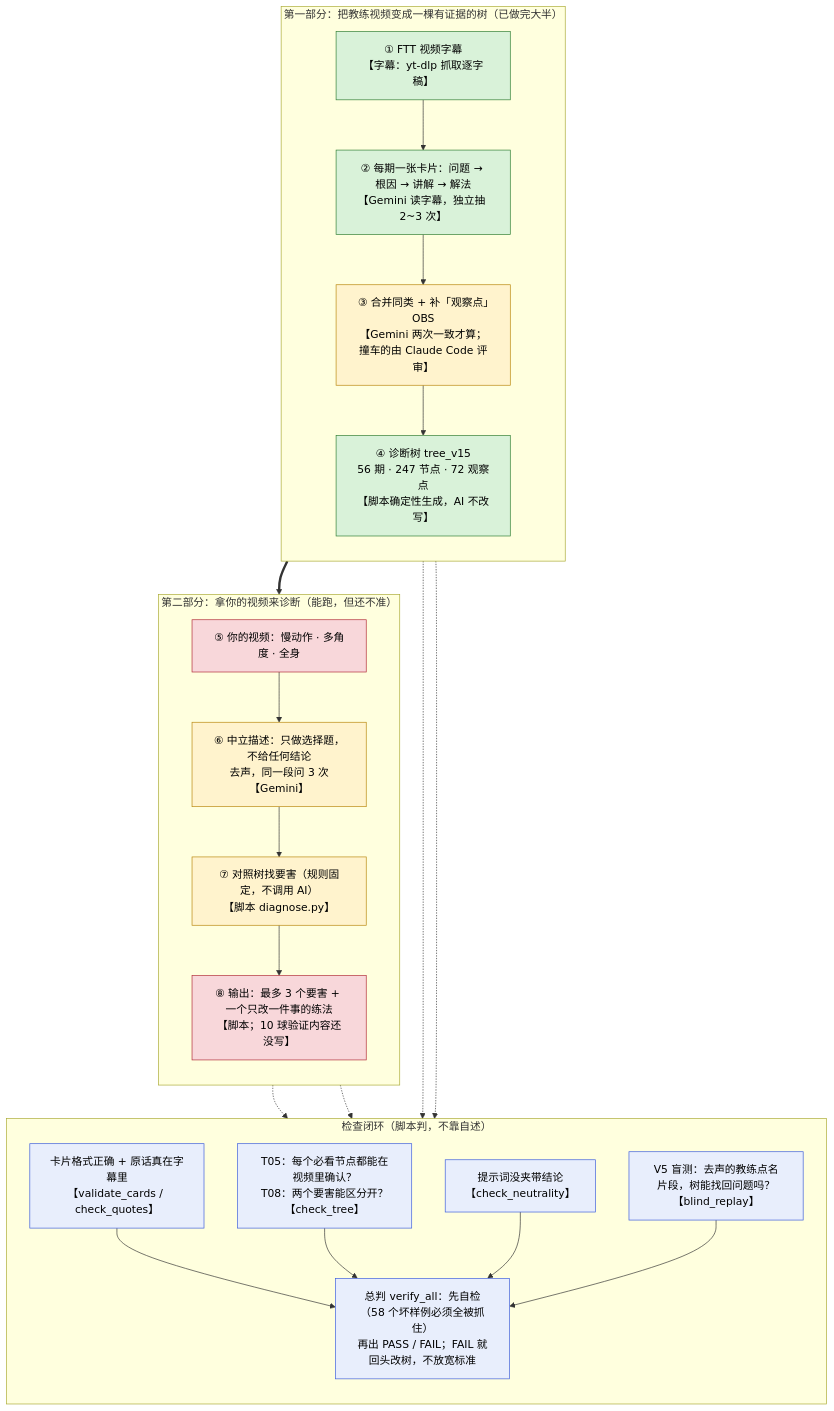
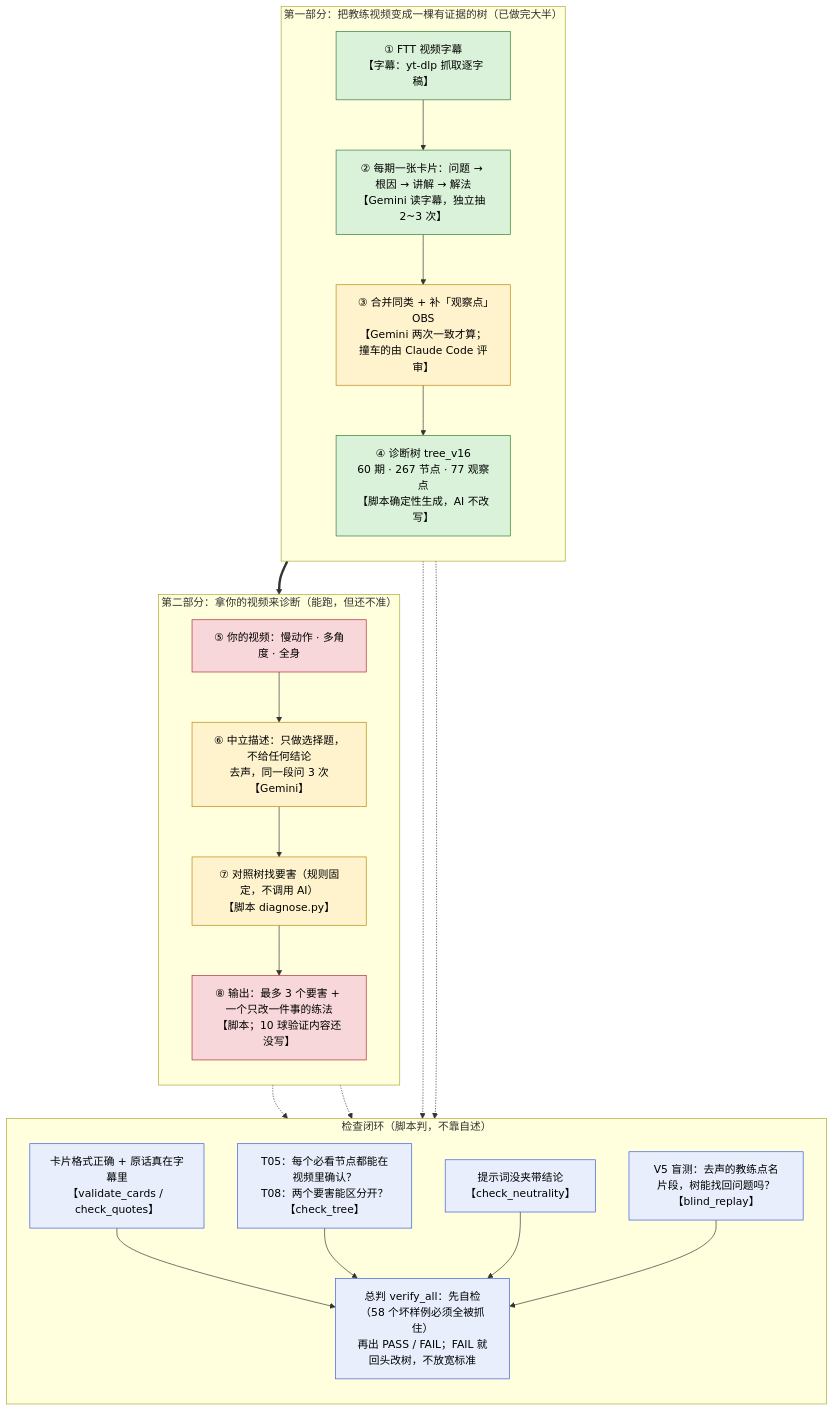
One commit to xiaollz/tennis_analyzer changed the diagram in docs/diagnosis/FLOW_overview.md. Above: the diagram before and after it, drawn with Mermaid. The commit also changed 79 other files, not shown here.

````diff
--- a/docs/diagnosis/FLOW_overview.md
+++ b/docs/diagnosis/FLOW_overview.md
@@ -10,44 +10,44 @@
 ```mermaid
 flowchart TD
   subgraph L1["第一部分：把教练视频变成一棵有证据的树（已做完大半）"]
     direction TB
     A["① FTT 视频字幕<br/>【字幕：yt-dlp 抓取逐字稿】"]
     B["② 每期一张卡片：问题 → 根因 → 讲解 → 解法<br/>【Gemini 读字幕，独立抽 2~3 次】"]
     C["③ 合并同类 + 补「观察点」OBS<br/>【Gemini 两次一致才算；撞车的由 Claude Code 评审】"]
-    D["④ 诊断树 tree_v15<br/>56 期 · 247 节点 · 72 观察点<br/>【脚本确定性生成，AI 不改写】"]
+    D["④ 诊断树 tree_v16<br/>60 期 · 267 节点 · 77 观察点<br/>【脚本确定性生成，AI 不改写】"]
     A --> B --> C --> D
   end
   subgraph L2["第二部分：拿你的视频来诊断（能跑，但还不准）"]
     direction TB
     E["⑤ 你的视频：慢动作 · 多角度 · 全身"]
     F["⑥ 中立描述：只做选择题，不给任何结论<br/>去声，同一段问 3 次<br/>【Gemini】"]
     G["⑦ 对照树找要害（规则固定，不调用 AI）<br/>【脚本 diagnose.py】"]
     H["⑧ 输出：最多 3 个要害 + 一个只改一件事的练法<br/>【脚本；10 球验证内容还没写】"]
     E --> F --> G --> H
   end
   D ==> G
   subgraph L3["检查闭环（脚本判，不靠自述）"]
     direction TB
     V1["卡片格式正确 + 原话真在字幕里<br/>【validate_cards / check_quotes】"]
     V2["T05：每个必看节点都能在视频里确认？<br/>T08：两个要害能区分开？<br/>【check_tree】"]
     V3["提示词没夹带结论<br/>【check_neutrality】"]
     V4["V5 盲测：去声的教练点名片段，树能找回问题吗？<br/>【blind_replay】"]
     S["总判 verify_all：先自检（58 个坏样例必须全被抓住）<br/>再出 PASS / FAIL；FAIL 就回头改树，不放宽标准"]
     V1 --> S
     V2 --> S
     V3 --> S
     V4 --> S
   end
   B -.-> V1
   D -.-> V2
   F -.-> V3
   G -.-> V4
   classDef done fill:#d9f2d9,stroke:#2e7d32,color:#000
   classDef part fill:#fff3cd,stroke:#b8860b,color:#000
   classDef todo fill:#f8d7da,stroke:#b02a37,color:#000
   classDef chk fill:#e8eefc,stroke:#3b5bdb,color:#000
   class A,B,D done
   class C,F,G part
   class E,H todo
   class V1,V2,V3,V4,S chk
 ```
````
